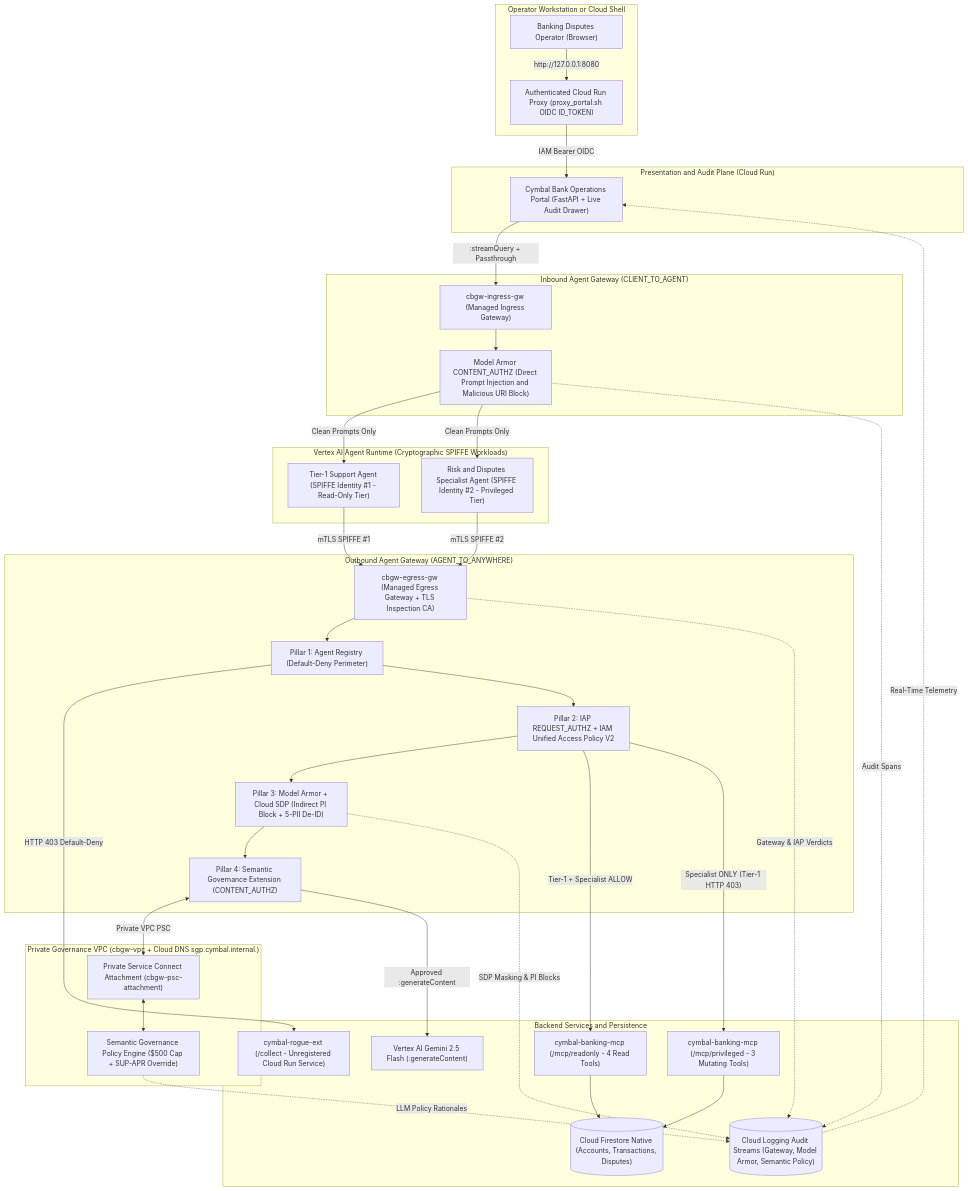
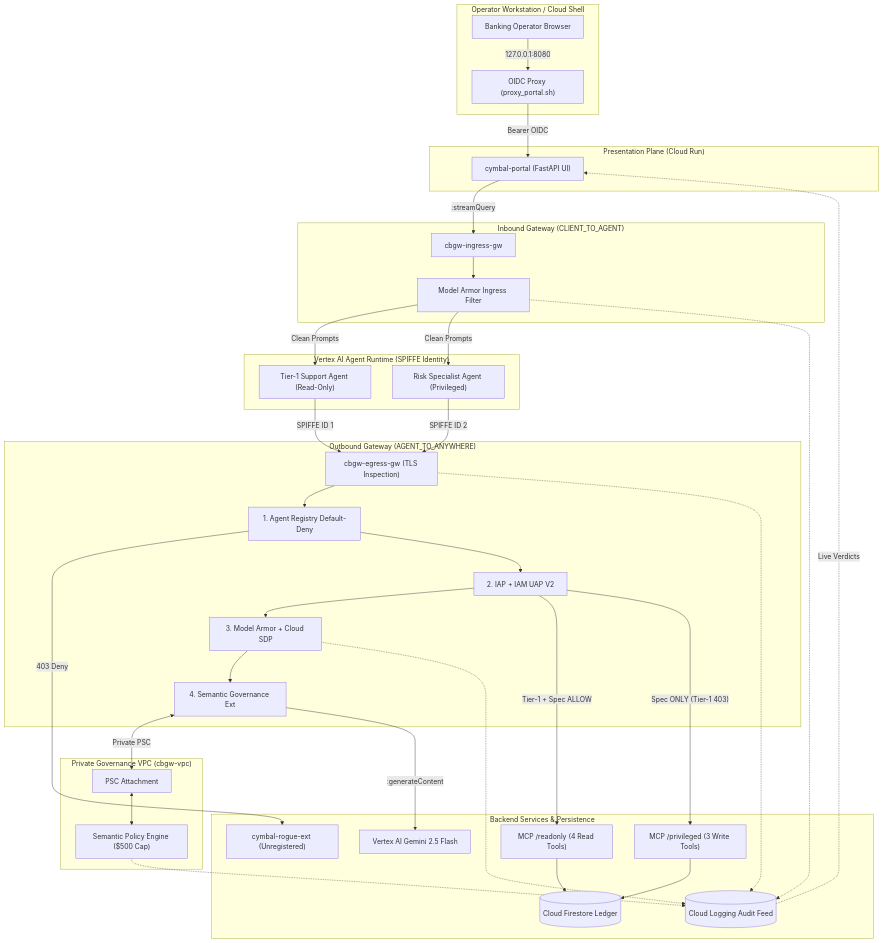
Before and after one commit to pradeesi/AgentGateway: the first of 2 diagrams in README.md, drawn with Mermaid. The commit also changed other lines of this file, not shown here.

Commit message:
docs: fix Mermaid sequenceDiagram semicolon parse error and box label wrapping

````diff
--- a/README.md
+++ b/README.md
@@ -24,73 +24,73 @@
 ```mermaid
 flowchart TB
-    subgraph ClientZone["Operator Workstation or Cloud Shell"]
-        Op["Banking Disputes Operator (Browser)"]
-        Proxy["Authenticated Cloud Run Proxy (proxy_portal.sh OIDC ID_TOKEN)"]
+    subgraph ClientZone["Operator Workstation / Cloud Shell"]
+        Op["Banking Operator Browser"]
+        Proxy["OIDC Proxy (proxy_portal.sh)"]
     end
 
-    subgraph Presentation["Presentation and Audit Plane (Cloud Run)"]
-        Portal["Cymbal Bank Operations Portal (FastAPI + Live Audit Drawer)"]
+    subgraph Presentation["Presentation Plane (Cloud Run)"]
+        Portal["cymbal-portal (FastAPI UI)"]
     end
 
-    subgraph IngressPlane["Inbound Agent Gateway (CLIENT_TO_AGENT)"]
-        IngGW["cbgw-ingress-gw (Managed Ingress Gateway)"]
-        IngMA["Model Armor CONTENT_AUTHZ (Direct Prompt Injection and Malicious URI Block)"]
+    subgraph IngressPlane["Inbound Gateway (CLIENT_TO_AGENT)"]
+        IngGW["cbgw-ingress-gw"]
+        IngMA["Model Armor Ingress Filter"]
     end
 
-    subgraph RuntimePlane["Vertex AI Agent Runtime (Cryptographic SPIFFE Workloads)"]
-        T1["Tier-1 Support Agent (SPIFFE Identity #1 - Read-Only Tier)"]
-        Spec["Risk and Disputes Specialist Agent (SPIFFE Identity #2 - Privileged Tier)"]
+    subgraph RuntimePlane["Vertex AI Agent Runtime (SPIFFE Identity)"]
+        T1["Tier-1 Support Agent (Read-Only)"]
+        Spec["Risk Specialist Agent (Privileged)"]
     end
 
-    subgraph EgressPlane["Outbound Agent Gateway (AGENT_TO_ANYWHERE)"]
-        EgGW["cbgw-egress-gw (Managed Egress Gateway + TLS Inspection CA)"]
-        Reg["Pillar 1: Agent Registry (Default-Deny Perimeter)"]
-        UAP["Pillar 2: IAP REQUEST_AUTHZ + IAM Unified Access Policy V2"]
-        EgMA["Pillar 3: Model Armor + Cloud SDP (Indirect PI Block + 5-PII De-ID)"]
-        SGPExt["Pillar 4: Semantic Governance Extension (CONTENT_AUTHZ)"]
+    subgraph EgressPlane["Outbound Gateway (AGENT_TO_ANYWHERE)"]
+        EgGW["cbgw-egress-gw (TLS Inspection)"]
+        Reg["1. Agent Registry Default-Deny"]
+        UAP["2. IAP + IAM UAP V2"]
+        EgMA["3. Model Armor + Cloud SDP"]
+        SGPExt["4. Semantic Governance Ext"]
     end
 
-    subgraph PrivateVPC["Private Governance VPC (cbgw-vpc + Cloud DNS sgp.cymbal.internal.)"]
-        PSC["Private Service Connect Attachment (cbgw-psc-attachment)"]
-        SGPEng["Semantic Governance Policy Engine ($500 Cap + SUP-APR Override)"]
+    subgraph PrivateVPC["Private Governance VPC (cbgw-vpc)"]
+        PSC["PSC Attachment"]
+        SGPEng["Semantic Policy Engine ($500 Cap)"]
     end
 
-    subgraph ToolingDataPlane["Backend Services and Persistence"]
-        VertexLLM["Vertex AI Gemini 2.5 Flash (:generateContent)"]
-        MCPRo["cymbal-banking-mcp (/mcp/readonly - 4 Read Tools)"]
-        MCPPriv["cymbal-banking-mcp (/mcp/privileged - 3 Mutating Tools)"]
-        Rogue["cymbal-rogue-ext (/collect - Unregistered Cloud Run Service)"]
-        FS[("Cloud Firestore Native (Accounts, Transactions, Disputes)")]
-        Logs[("Cloud Logging Audit Streams (Gateway, Model Armor, Semantic Policy)")]
+    subgraph ToolingDataPlane["Backend Services & Persistence"]
+        VertexLLM["Vertex AI Gemini 2.5 Flash"]
+        MCPRo["MCP /readonly (4 Read Tools)"]
+        MCPPriv["MCP /privileged (3 Write Tools)"]
+        Rogue["cymbal-rogue-ext (Unregistered)"]
+        FS[("Cloud Firestore Ledger")]
+        Logs[("Cloud Logging Audit Feed")]
     end
 
-    Op -->|"http://127.0.0.1:8080"| Proxy
-    Proxy -->|"IAM Bearer OIDC"| Portal
-    Portal -->|":streamQuery + Passthrough"| IngGW
+    Op -->|"127.0.0.1:8080"| Proxy
+    Proxy -->|"Bearer OIDC"| Portal
+    Portal -->|":streamQuery"| IngGW
     IngGW --> IngMA
-    IngMA -->|"Clean Prompts Only"| T1
-    IngMA -->|"Clean Prompts Only"| Spec
+    IngMA -->|"Clean Prompts"| T1
+    IngMA -->|"Clean Prompts"| Spec
 
-    T1 -->|"mTLS SPIFFE #1"| EgGW
-    Spec -->|"mTLS SPIFFE #2"| EgGW
+    T1 -->|"SPIFFE ID 1"| EgGW
+    Spec -->|"SPIFFE ID 2"| EgGW
 
     EgGW --> Reg
-    Reg -->|"HTTP 403 Default-Deny"| Rogue
+    Reg -->|"403 Deny"| Rogue
     Reg --> UAP
     UAP --> EgMA
     EgMA --> SGPExt
-    SGPExt <-->|"Private VPC PSC"| PSC
+    SGPExt <-->|"Private PSC"| PSC
     PSC <--> SGPEng
 
-    SGPExt -->|"Approved :generateContent"| VertexLLM
-    UAP -->|"Tier-1 + Specialist ALLOW"| MCPRo
-    UAP -->|"Specialist ONLY (Tier-1 HTTP 403)"| MCPPriv
+    SGPExt -->|":generateContent"| VertexLLM
+    UAP -->|"Tier-1 + Spec ALLOW"| MCPRo
+    UAP -->|"Spec ONLY (Tier-1 403)"| MCPPriv
     MCPRo --> FS
     MCPPriv --> FS
 
-    IngMA -.->|"Audit Spans"| Logs
-    EgGW -.->|"Gateway & IAP Verdicts"| Logs
-    EgMA -.->|"SDP Masking & PI Blocks"| Logs
-    SGPEng -.->|"LLM Policy Rationales"| Logs
-    Logs -.->|"Real-Time Telemetry"| Portal
+    IngMA -.-> Logs
+    EgGW -.-> Logs
+    EgMA -.-> Logs
+    SGPEng -.-> Logs
+    Logs -.->|"Live Verdicts"| Portal
 ```
````
